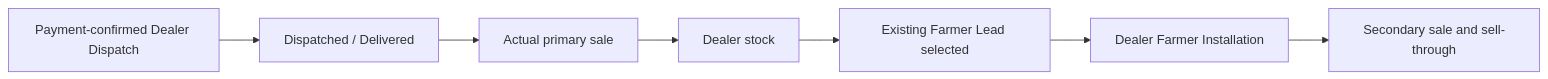
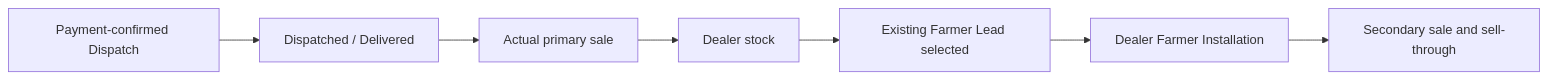
Before and after one commit to harsha-jivawater/jiva-farm-os: diagram 17 of 28 in docs/ROLE_BASED_USAGE_MANUAL.md, drawn with Mermaid. The commit also changed other lines of this file and 10 other files, not shown here.

````diff
--- a/docs/ROLE_BASED_USAGE_MANUAL.md
+++ b/docs/ROLE_BASED_USAGE_MANUAL.md
@@ -1070,9 +1070,9 @@
 ```mermaid
 flowchart LR
-  A["Payment-confirmed Dealer Dispatch"] --> B["Dispatched / Delivered"]
+  A["Payment-confirmed Dispatch"] --> B["Dispatched / Delivered"]
   B --> C["Actual primary sale"]
   C --> D["Dealer stock"]
   D --> E["Existing Farmer Lead selected"]
   E --> F["Dealer Farmer Installation"]
   F --> G["Secondary sale and sell-through"]
 ```
````
